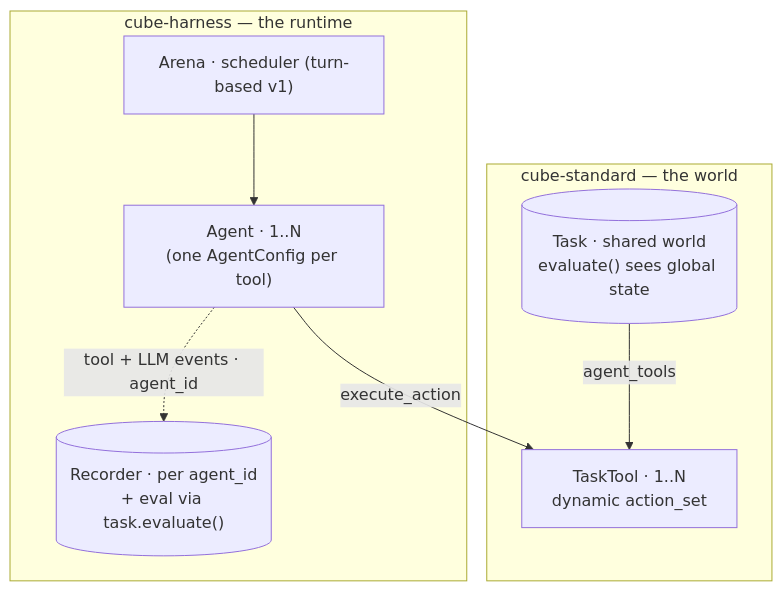
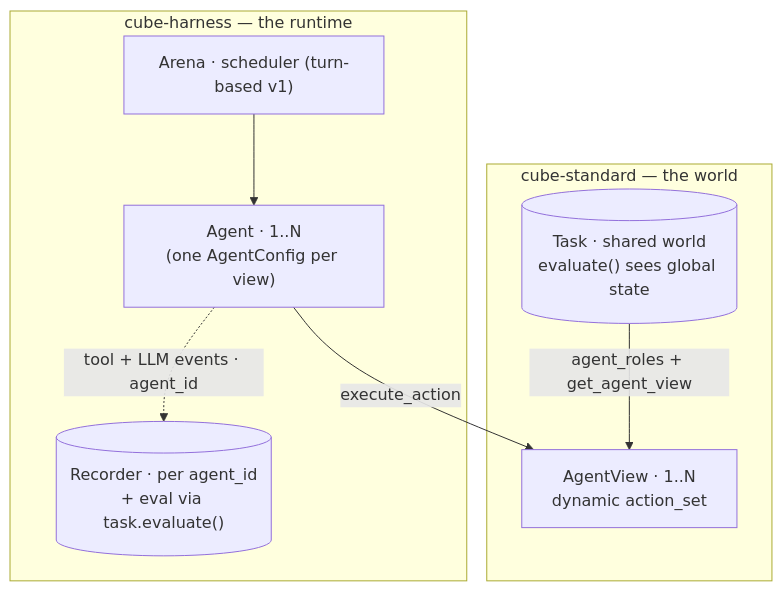
The second of 2 diagrams in openspec/changes/streamable-task/proposal.md (The-AI-Alliance/cube-standard), drawn with Mermaid before and after one commit. The commit also changed other lines of this file and 9 other files, not shown here.

First line of the commit message:
docs: sync specs + new-cube skill to the streamable-task + unified-Tool contract

````diff
--- a/openspec/changes/streamable-task/proposal.md
+++ b/openspec/changes/streamable-task/proposal.md
@@ -145,15 +169,15 @@
 ```mermaid
 flowchart TB
   subgraph STD["cube-standard — the world"]
     TASK[("Task · shared world<br/>evaluate() sees global state")]
-    TASK -->|agent_tools| TT["TaskTool · 1..N<br/>dynamic action_set"]
+    TASK -->|agent_roles + get_agent_view| AV["AgentView · 1..N<br/>dynamic action_set"]
   end
   subgraph HARN["cube-harness — the runtime"]
     AR["Arena · scheduler (turn-based v1)"]
-    AG["Agent · 1..N<br/>(one AgentConfig per tool)"]
+    AG["Agent · 1..N<br/>(one AgentConfig per view)"]
     REC[("Recorder · per agent_id<br/>+ eval via task.evaluate()")]
   end
   AR --> AG
-  AG -->|execute_action| TT
+  AG -->|execute_action| AV
   AG -. tool + LLM events · agent_id .-> REC
 ```
````
